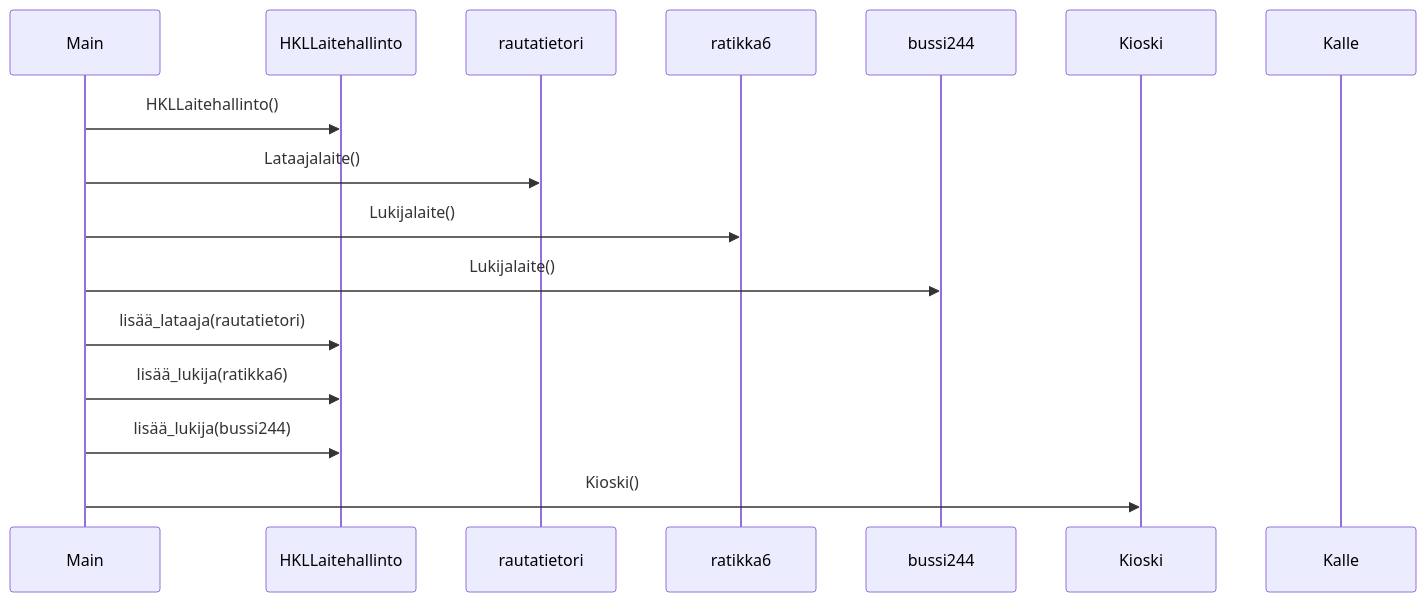
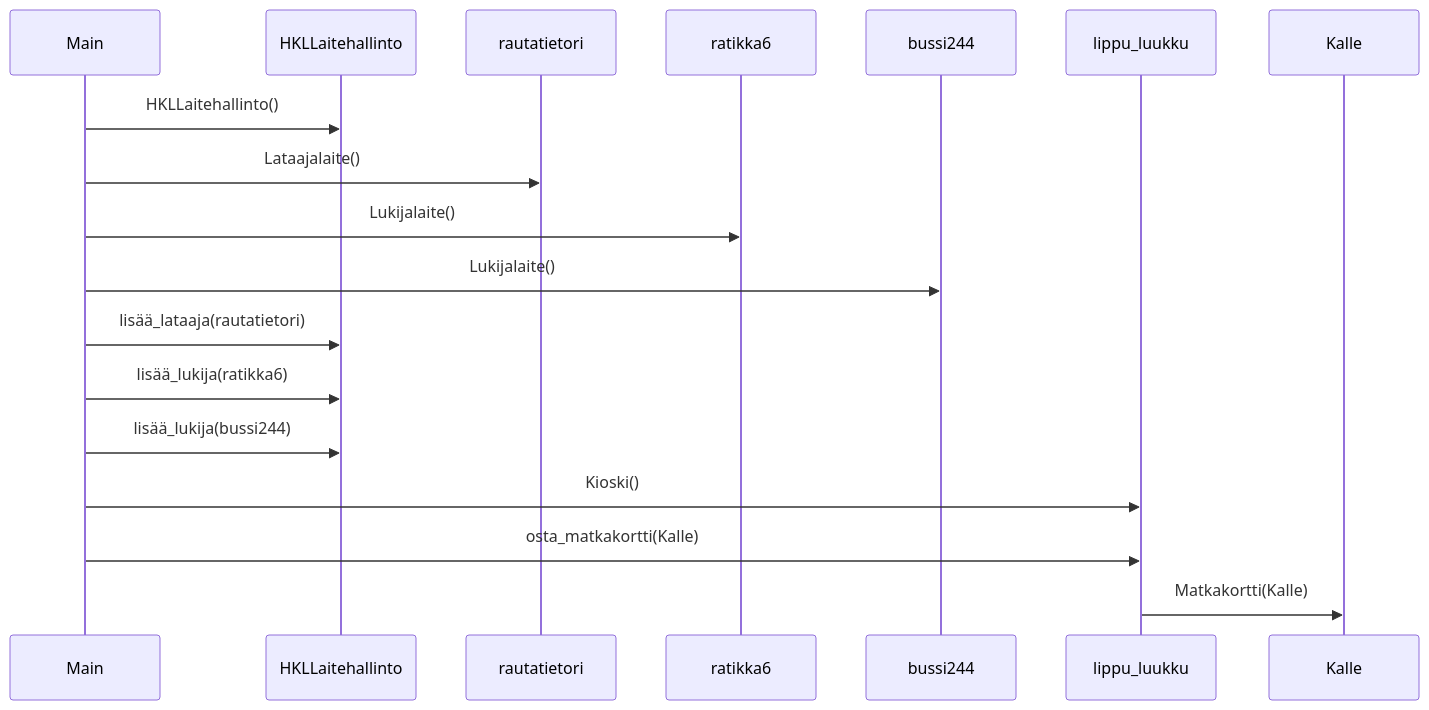
The diagram in laskarit/viikko3/HSL-matkakortti.md (Nanotiike/ot-harjoitustyo), drawn with Mermaid before and after one commit.

````diff
--- a/laskarit/viikko3/HSL-matkakortti.md
+++ b/laskarit/viikko3/HSL-matkakortti.md
@@ -1,20 +1,22 @@
 ```mermaid
 sequenceDiagram
     participant M as Main
     participant H as HKLLaitehallinto
     M ->> H: HKLLaitehallinto()
     participant R as rautatietori
     M ->> R: Lataajalaite()
     participant R6 as ratikka6
     M ->> R6: Lukijalaite()
     participant B as bussi244
     M ->> B: Lukijalaite()
     M ->> H: lisää_lataaja(rautatietori)
     M ->> H: lisää_lukija(ratikka6)
     M ->> H: lisää_lukija(bussi244)
-    participant K as Kioski
-    M ->> K: Kioski()
-    participant Ka as Kalle
+    participant L as lippu_luukku
+    M ->> L: Kioski()
+    participant K as Kalle
+    M ->> L: osta_matkakortti(Kalle)
+    L ->> K: Matkakortti(Kalle)
     
     
 ```
````
